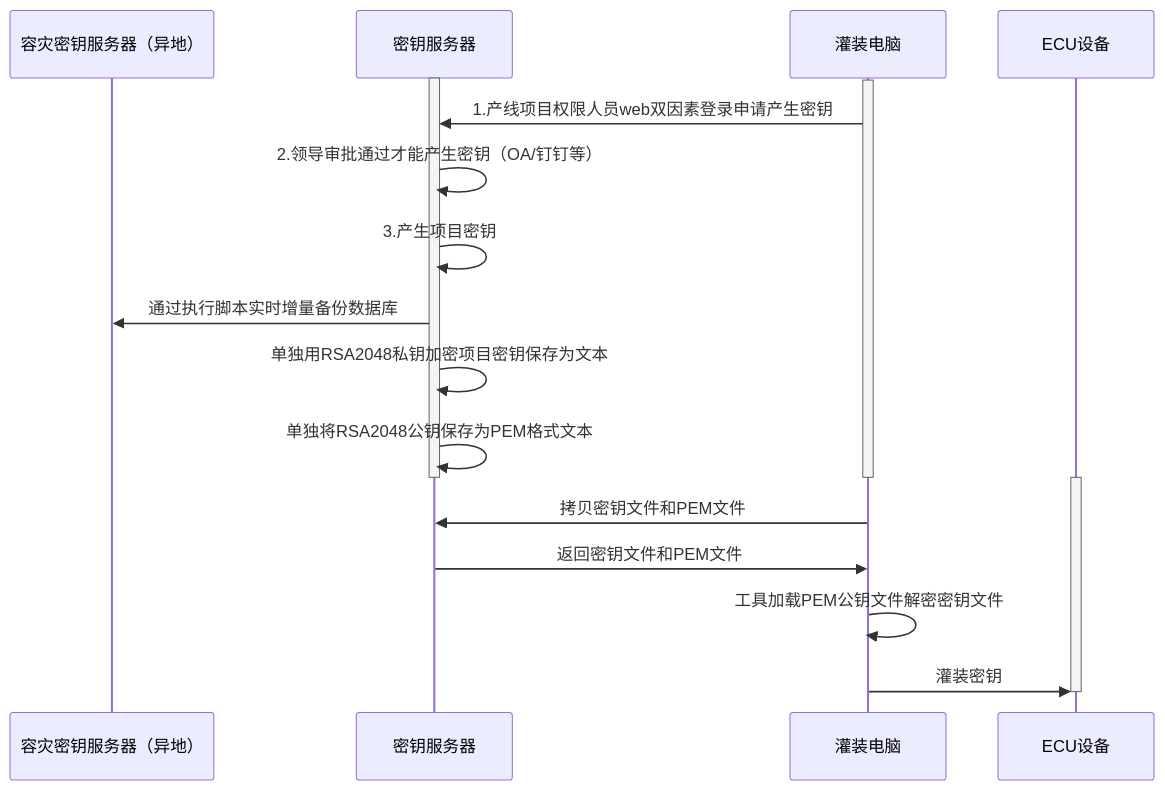
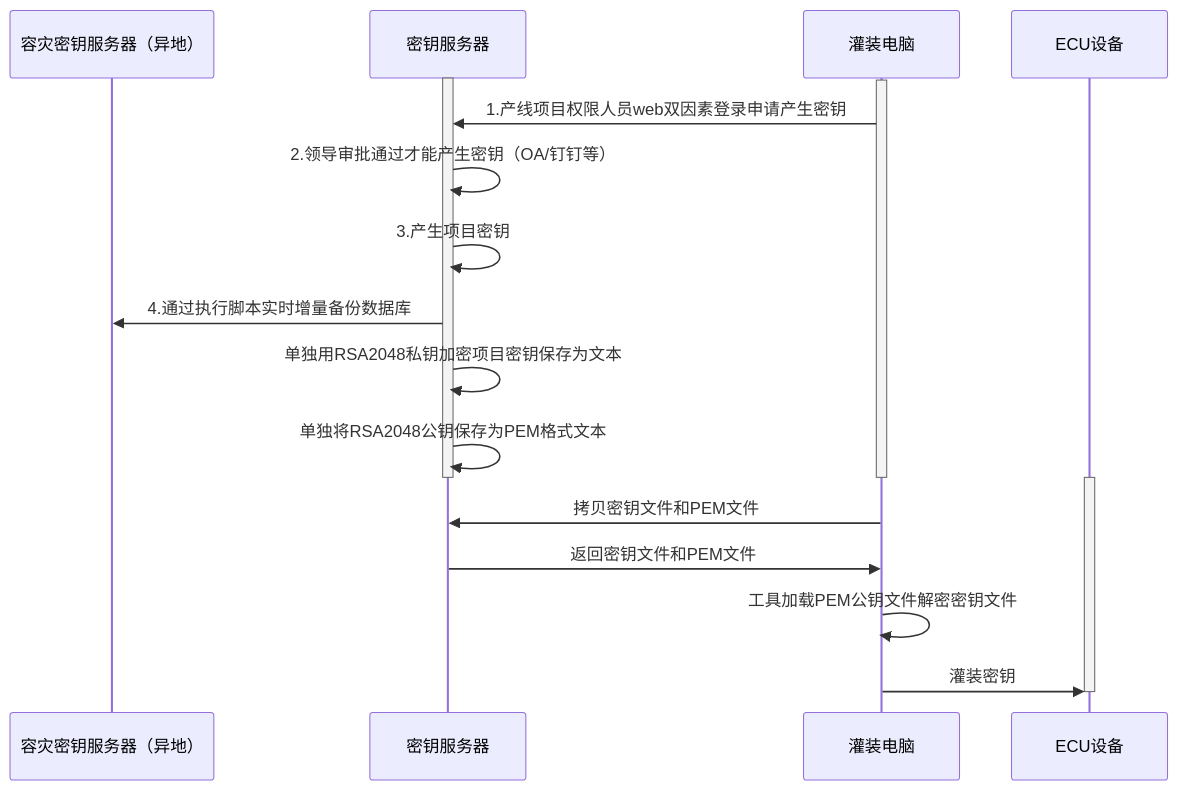
Before and after one commit to facebook-cloud/iodraw-files: the diagram in all/未命名-15.md, drawn with Mermaid.

Commit message:
2026-02-11 19:42:22 update

````diff
--- a/all/未命名-15.md
+++ b/all/未命名-15.md
@@ -1,27 +1,27 @@
 ```mermaid
 sequenceDiagram
     participant A as 容灾密钥服务器（异地）
     participant B as 密钥服务器
     participant D as 灌装电脑
     participant E as ECU设备
 
     activate B
     activate D
     D->>B: 1.产线项目权限人员web双因素登录申请产生密钥
     B->>B: 2.领导审批通过才能产生密钥（OA/钉钉等）
     B->>B: 3.产生项目密钥
-    B->>A: 通过执行脚本实时增量备份数据库
+    B->>A: 4.通过执行脚本实时增量备份数据库
 
     B->>B: 单独用RSA2048私钥加密项目密钥保存为文本
     B->>B: 单独将RSA2048公钥保存为PEM格式文本
     deactivate B
     deactivate D
 
     activate E
     D->>B: 拷贝密钥文件和PEM文件
     B->>D: 返回密钥文件和PEM文件
     D->>D:工具加载PEM公钥文件解密密钥文件
     D->>E: 灌装密钥
     deactivate E
 
 ```
````
